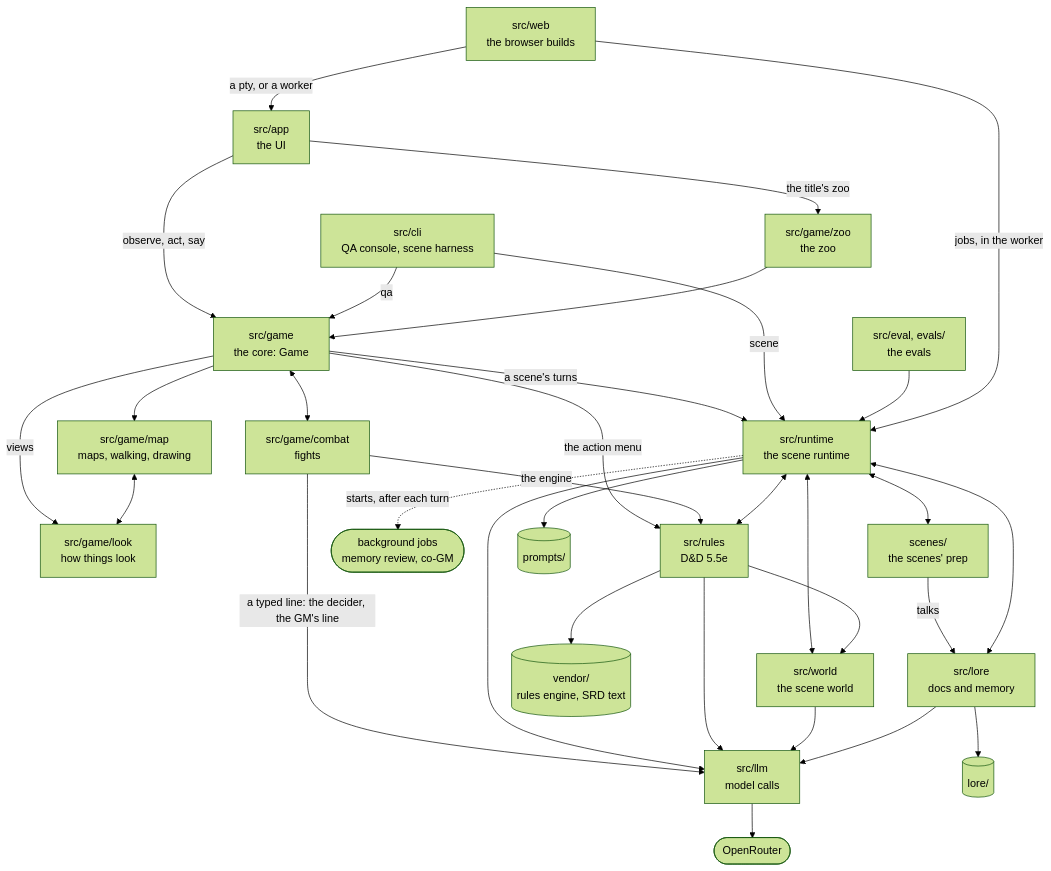
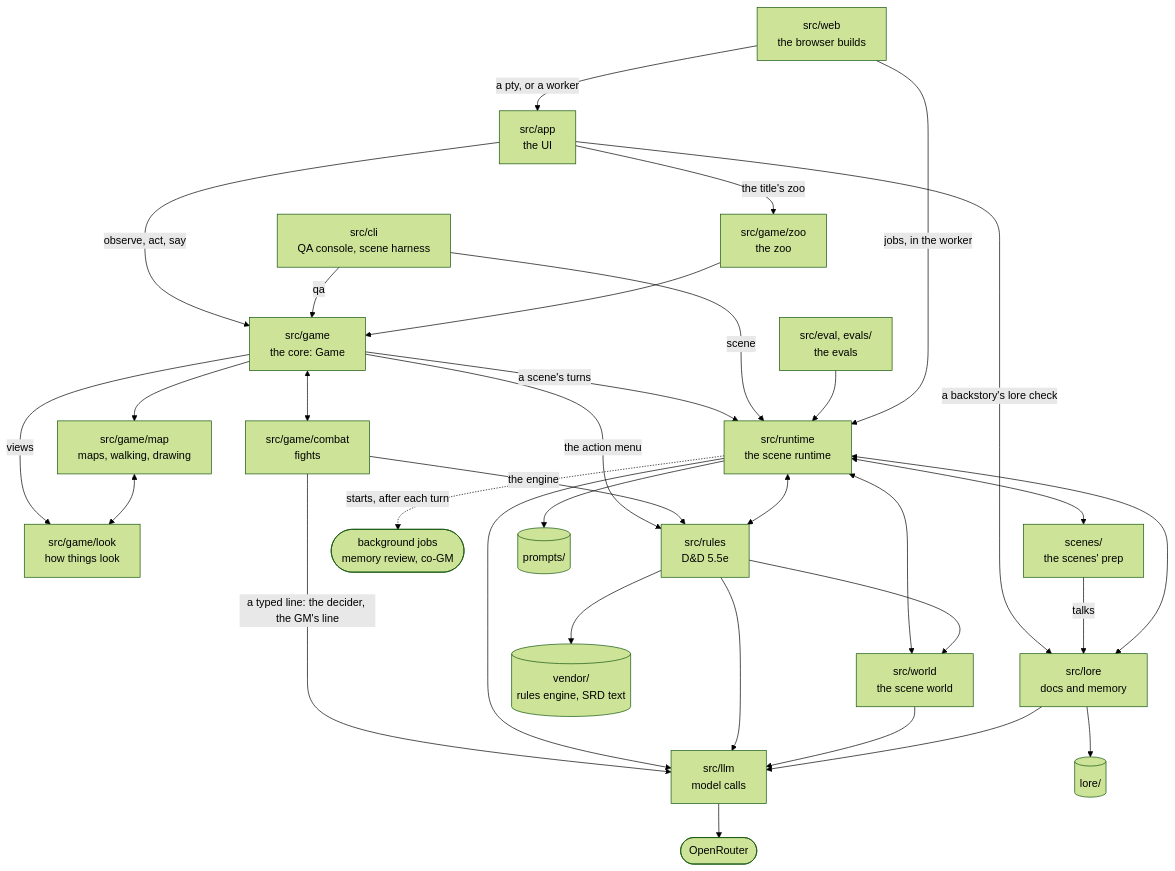
The first of 2 diagrams in ARCHITECTURE.md (Tatskaari/kingmaker), drawn with Mermaid (forest theme) before and after one commit. The commit also changed other lines of this file and 10 other files, not shown here.

````diff
--- a/ARCHITECTURE.md
+++ b/ARCHITECTURE.md
@@ -11,59 +11,60 @@
 ```mermaid
 flowchart TB
   web["src/web<br/>the browser builds"]
   cli["src/cli<br/>QA console, scene harness"]
   evals["src/eval, evals/<br/>the evals"]
   app["src/app<br/>the UI"]
 
   zoo["src/game/zoo<br/>the zoo"]
   core["src/game<br/>the core: Game"]
   combat["src/game/combat<br/>fights"]
   map["src/game/map<br/>maps, walking, drawing"]
   look["src/game/look<br/>how things look"]
 
   runtime["src/runtime<br/>the scene runtime"]
   scenes["scenes/<br/>the scenes' prep"]
   jobs(["background jobs<br/>memory review, co-GM"])
 
   rules["src/rules<br/>D&D 5.5e"]
   world["src/world<br/>the scene world"]
   lsvc["src/lore<br/>docs and memory"]
   llm["src/llm<br/>model calls"]
 
   vendor[("vendor/<br/>rules engine, SRD text")]
   prompts[("prompts/")]
   lore[("lore/")]
   openrouter(["OpenRouter"])
 
   web -->|"a pty, or a worker"| app
   app -->|"observe, act, say"| core
   app -->|"the title's zoo"| zoo
   cli -->|"qa"| core
   zoo --> core
   core <--> combat
   core --> map
   core -->|"views"| look
   map <--> look
   core -->|"a scene's turns"| runtime
   cli -->|"scene"| runtime
   evals --> runtime
   web -->|"jobs, in the worker"| runtime
   core -->|"the action menu"| rules
+  app -->|"a backstory's lore check"| lsvc
   combat -->|"the engine"| rules
   combat -->|"a typed line: the decider, the GM's line"| llm
   runtime <--> scenes
   scenes -->|"talks"| lsvc
   runtime <--> rules
   runtime <--> world
   runtime <--> lsvc
   rules --> world
   runtime --> llm
   rules --> llm
   world --> llm
   lsvc --> llm
   rules --> vendor
   runtime --> prompts
   lsvc --> lore
   llm --> openrouter
   runtime -.->|"starts, after each turn"| jobs
 ```
````
